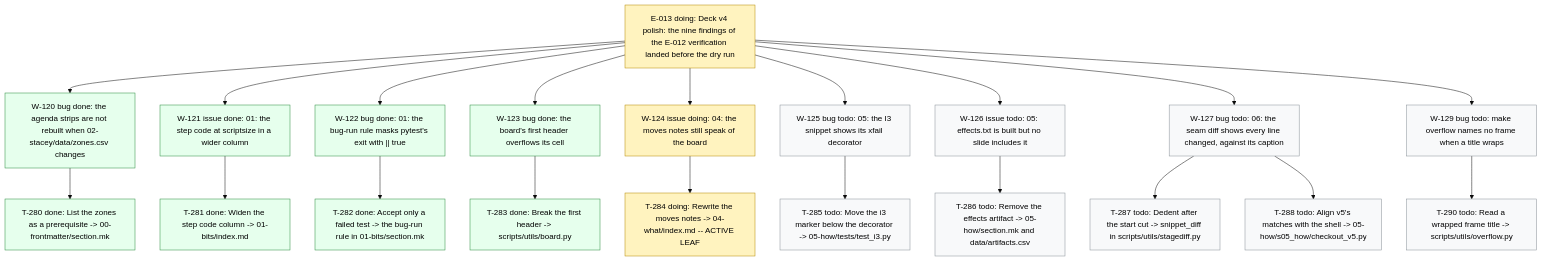
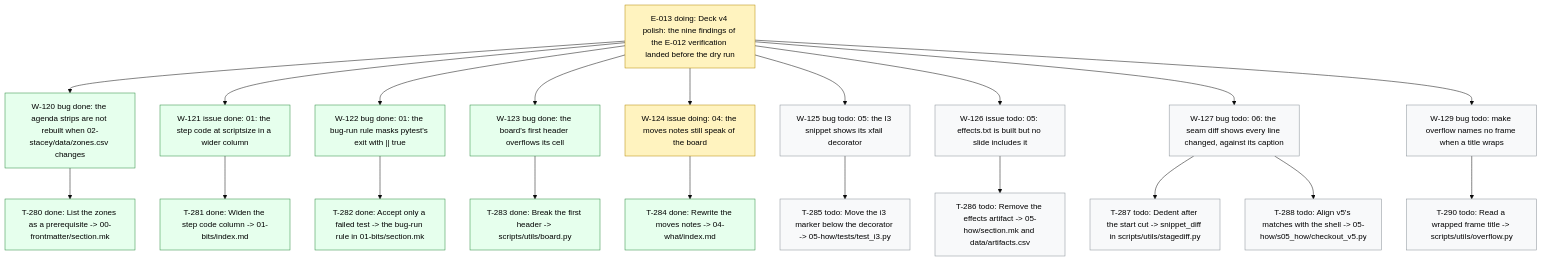
The diagram in .board/BOARD.md (dpopchev/chaos-to-simple), drawn with Mermaid (base theme) before and after one commit. The commit also changed other lines of this file and 1 other file, not shown here.

Commit message:
chore(board): close T-284 -- W-124 ready to land
Refs: W-124 T-284

````diff
--- a/.board/BOARD.md
+++ b/.board/BOARD.md
@@ -729,31 +729,31 @@
 ```mermaid
 flowchart TD
   E013["E-013 doing: Deck v4 polish: the nine findings of the E-012 verification landed before the dry run"]
   E013 --> W120["W-120 bug done: the agenda strips are not rebuilt when 02-stacey/data/zones.csv changes"]
   W120 --> T280["T-280 done: List the zones as a prerequisite -> 00-frontmatter/section.mk"]
   E013 --> W121["W-121 issue done: 01: the step code at scriptsize in a wider column"]
   W121 --> T281["T-281 done: Widen the step code column -> 01-bits/index.md"]
   E013 --> W122["W-122 bug done: 01: the bug-run rule masks pytest's exit with || true"]
   W122 --> T282["T-282 done: Accept only a failed test -> the bug-run rule in 01-bits/section.mk"]
   E013 --> W123["W-123 bug done: the board's first header overflows its cell"]
   W123 --> T283["T-283 done: Break the first header -> scripts/utils/board.py"]
   E013 --> W124["W-124 issue doing: 04: the moves notes still speak of the board"]
-  W124 --> T284["T-284 doing: Rewrite the moves notes -> 04-what/index.md -- ACTIVE LEAF"]
+  W124 --> T284["T-284 done: Rewrite the moves notes -> 04-what/index.md"]
   E013 --> W125["W-125 bug todo: 05: the I3 snippet shows its xfail decorator"]
   W125 --> T285["T-285 todo: Move the i3 marker below the decorator -> 05-how/tests/test_i3.py"]
   E013 --> W126["W-126 issue todo: 05: effects.txt is built but no slide includes it"]
   W126 --> T286["T-286 todo: Remove the effects artifact -> 05-how/section.mk and data/artifacts.csv"]
   E013 --> W127["W-127 bug todo: 06: the seam diff shows every line changed, against its caption"]
   W127 --> T287["T-287 todo: Dedent after the start cut -> snippet_diff in scripts/utils/stagediff.py"]
   W127 --> T288["T-288 todo: Align v5's matches with the shell -> 05-how/s05_how/checkout_v5.py"]
   E013 --> W129["W-129 bug todo: make overflow names no frame when a title wraps"]
   W129 --> T290["T-290 todo: Read a wrapped frame title -> scripts/utils/overflow.py"]
   classDef doing fill:#fff3bf,stroke:#b58900,color:#000;
   classDef blocked fill:#ffe3e3,stroke:#c92a2a,color:#000;
   classDef done fill:#e6ffed,stroke:#2b8a3e,color:#000;
   classDef todo fill:#f8f9fa,stroke:#868e96,color:#000;
   classDef pruned fill:#f1f3f5,stroke:#adb5bd,color:#000;
-  class E013,W124,T284 doing
-  class W120,T280,W121,T281,W122,T282,W123,T283 done
+  class E013,W124 doing
+  class W120,T280,W121,T281,W122,T282,W123,T283,T284 done
   class W125,T285,W126,T286,W127,T287,T288,W129,T290 todo
 ```
````
